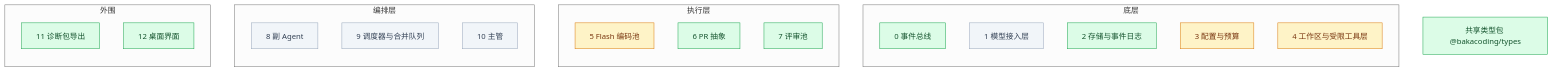
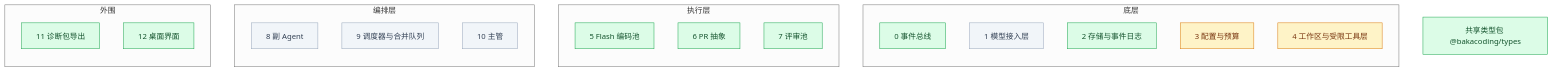
Before and after one commit to Akarin7784/BakaCoding: the diagram in docs/progress.md, drawn with Mermaid (neutral theme). The commit also changed other lines of this file, not shown here.

Commit message:
docs: progress.md 更新 #30（T-029）合入记录与 main 测试数

````diff
--- a/docs/progress.md
+++ b/docs/progress.md
@@ -11,33 +11,33 @@
 ```mermaid
 flowchart BT
   subgraph 底层
     M0[0 事件总线]
     M1[1 模型接入层]
     M2[2 存储与事件日志]
     M3[3 配置与预算]
     M4[4 工作区与受限工具层]
   end
   subgraph 执行层
     M5[5 Flash 编码池]
     M6[6 PR 抽象]
     M7[7 评审池]
   end
   subgraph 编排层
     M8[8 副 Agent]
     M9[9 调度器与合并队列]
     M10[10 主管]
   end
   subgraph 外围
     M11[11 诊断包导出]
     M12[12 桌面界面]
   end
   T[共享类型包 @bakacoding/types]
 
   classDef todo fill:#f1f5f9,stroke:#94a3b8,color:#334155
   classDef doing fill:#fef3c7,stroke:#d97706,color:#78350f
   classDef done fill:#dcfce7,stroke:#16a34a,color:#14532d
 
-  class M0,M2,M6,M7,M11,M12,T done
-  class M3,M4,M5 doing
+  class M0,M2,M5,M6,M7,M11,M12,T done
+  class M3,M4 doing
   class M1,M8,M9,M10 todo
 ```
````
